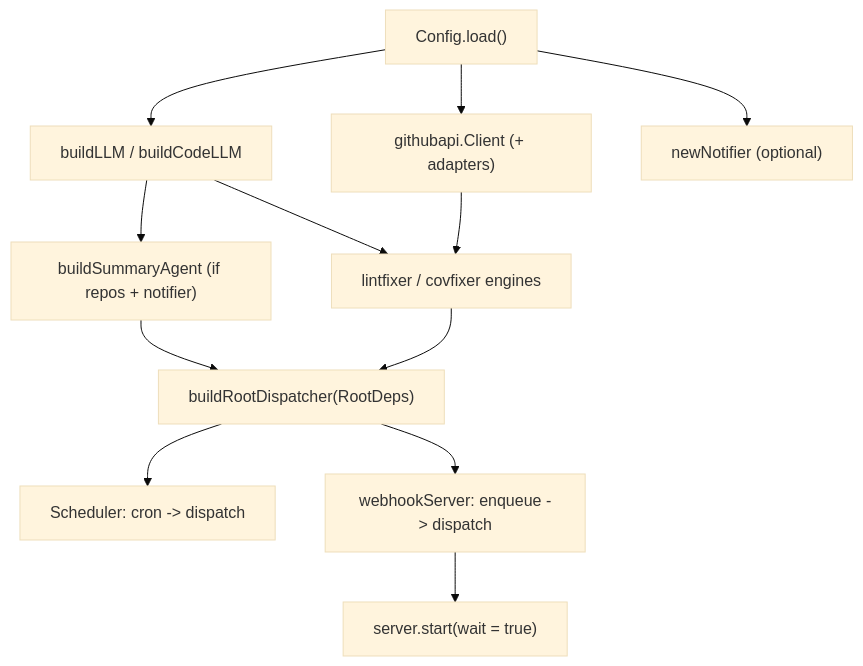
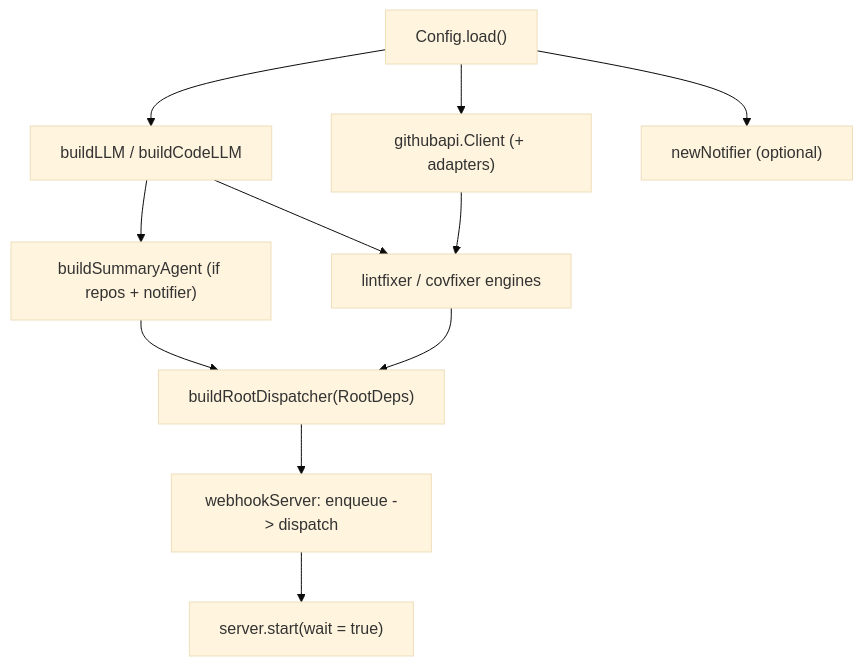
The diagram in kotlin/src/main/kotlin/io/github/jkjamies/automationagent/app/AGENTS.md (jkjamies/automation-agent), drawn with Mermaid (base theme) before and after one commit. The commit also changed other lines of this file and 98 other files, not shown here.

First line of the commit message:
Drop in-process cron + weekly digest; Cloud Scheduler is the sole trigger (#7)

````diff
--- a/kotlin/src/main/kotlin/io/github/jkjamies/automationagent/app/AGENTS.md
+++ b/kotlin/src/main/kotlin/io/github/jkjamies/automationagent/app/AGENTS.md
@@ -8,14 +8,13 @@
 ```mermaid
 flowchart TD
     Cfg["Config.load()"] --> LLM["buildLLM / buildCodeLLM"]
     Cfg --> GH["githubapi.Client (+ adapters)"]
     Cfg --> N["newNotifier (optional)"]
     LLM --> SUM["buildSummaryAgent (if repos + notifier)"]
     LLM --> FIX["lintfixer / covfixer engines"]
     GH --> FIX
     SUM --> DISP["buildRootDispatcher(RootDeps)"]
     FIX --> DISP
-    DISP --> SCH["Scheduler: cron -> dispatch"]
     DISP --> WH["webhookServer: enqueue -> dispatch"]
     WH --> RUN["server.start(wait = true)"]
 ```
````
